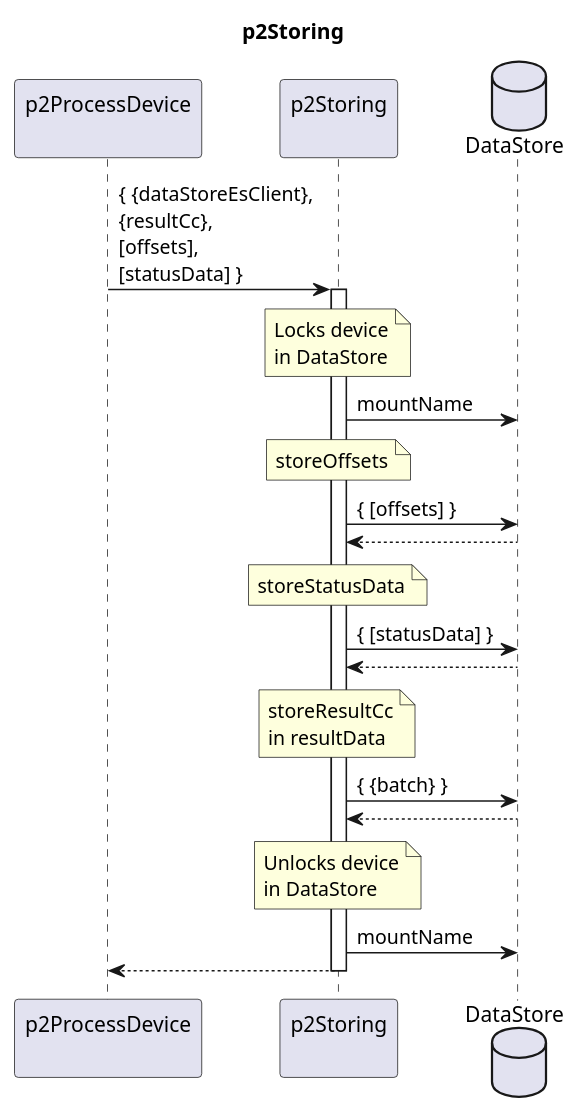
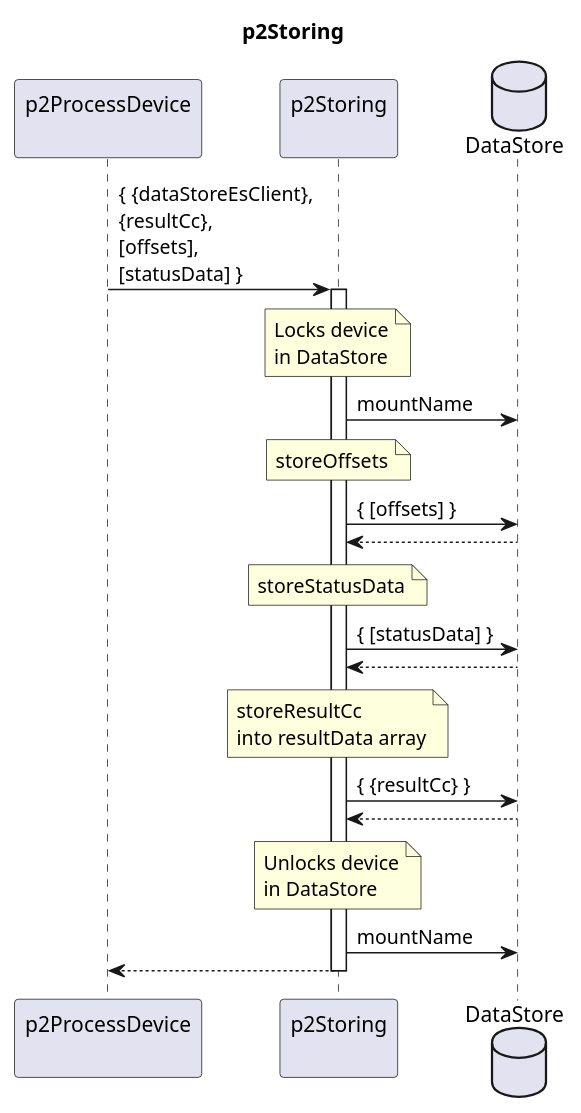
One commit to openBackhaul/DevicePerformanceManagementDataProcessor changed the diagram in spec/Functions/p1StreamPmData/p2ProcessDevice/p2Storing/1.0.0/p2Storing.plantuml. Above: the diagram before and after it, drawn with PlantUML. The commit also changed 13 other files, not shown here.

```diff
--- a/spec/Functions/p1StreamPmData/p2ProcessDevice/p2Storing/1.0.0/p2Storing.plantuml
+++ b/spec/Functions/p1StreamPmData/p2ProcessDevice/p2Storing/1.0.0/p2Storing.plantuml
@@ -1,51 +1,51 @@
 @startuml p2Storing
 skinparam responseMessageBelowArrow true
 
 title
   p2Storing
 end title
 
 participant "p2ProcessDevice\n" as requestor
 participant "p2Storing\n" as cur
 database "DataStore" as ds
 
 
 requestor -> cur : { {dataStoreEsClient},\n{resultCc},\n[offsets],\n[statusData] }
 activate cur
 
   note over cur
     Locks device
     in DataStore
   end note
   cur -> ds: mountName
 
   note over cur
     storeOffsets
   end note
   cur -> ds: { [offsets] }
   cur <-- ds
 
   note over cur
     storeStatusData
   end note
   cur -> ds: { [statusData] }
   cur <-- ds
 
   note over cur
     storeResultCc
-    in resultData
+    into resultData array
   end note
-  cur -> ds: { {batch} }
+  cur -> ds: { {resultCc} }
   cur <-- ds
 
   note over cur
     Unlocks device
     in DataStore
   end note
   cur -> ds: mountName
 
 requestor <-- cur
 
 deactivate cur
 
 @enduml
```
